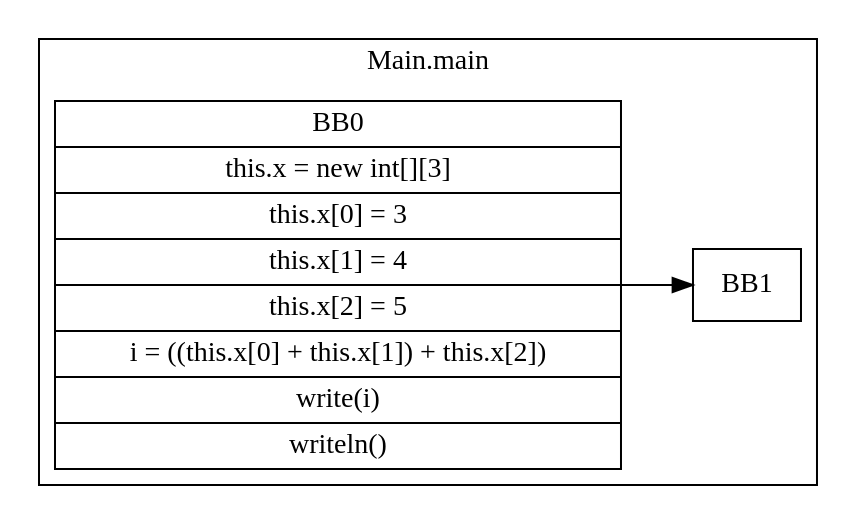
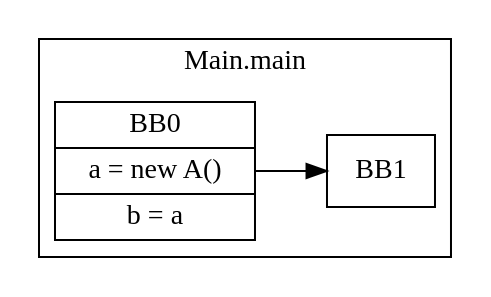
Before and after one commit to panubala/CDPP: the diagram in HW5/javali_tests/HW5/Test.javali.cfg.dot, drawn with Graphviz. The commit also changed 14 other files, not shown here.

```diff
--- a/HW5/javali_tests/HW5/Test.javali.cfg.dot
+++ b/HW5/javali_tests/HW5/Test.javali.cfg.dot
@@ -1,15 +1,15 @@
 digraph G {
   graph [ rankdir = "LR" ];
   subgraph cluster_0 {
     label = "Main.main"
     M0_BB0 [
       shape="record"
-      label="BB0|this.x = new int[][3]|this.x[0] = 3|this.x[1] = 4|this.x[2] = 5|i = ((this.x[0] + this.x[1]) + this.x[2])|write(i)|writeln()"
+      label="BB0|a = new A()|b = a"
     ];
     M0_BB0 -> M0_BB1;
     M0_BB1 [
       shape="record"
       label="BB1"
     ];
   }
 }
```
